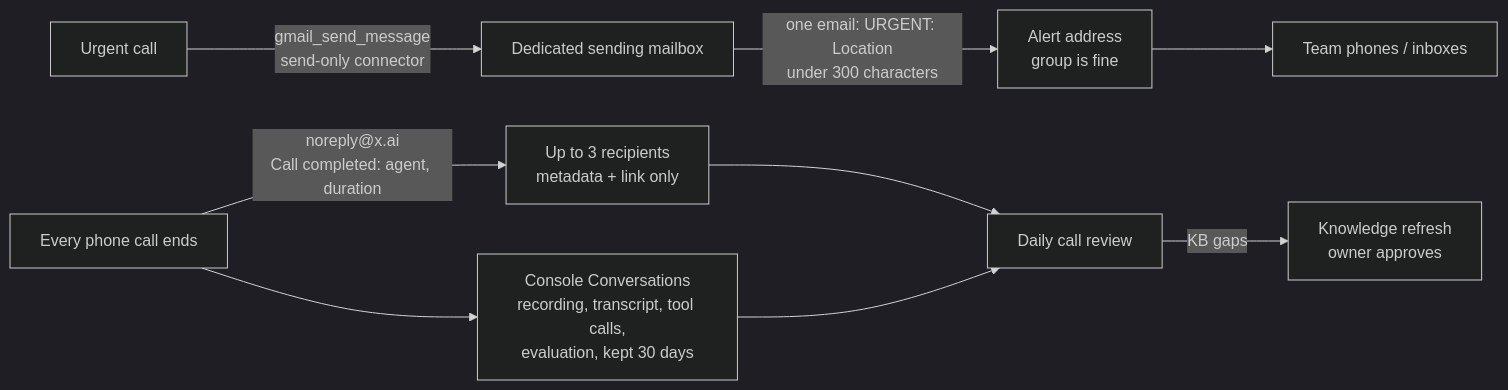
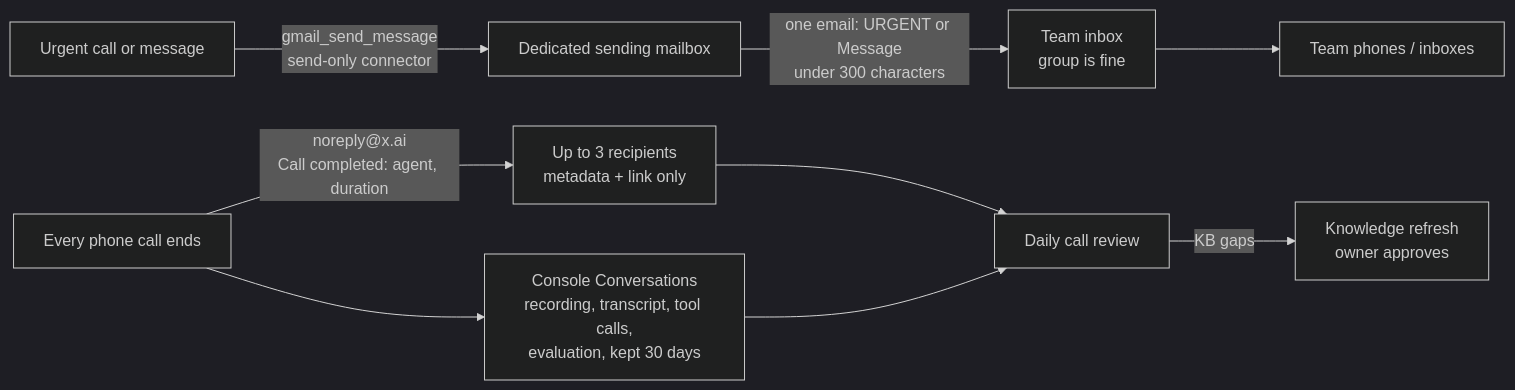
One commit to peterchee-os/answering-machina changed the second of 2 diagrams in README.md. Above: the diagram before and after it, drawn with Mermaid (dark theme). The commit also changed other lines of this file and 18 other files, not shown here.

````diff
--- a/README.md
+++ b/README.md
@@ -132,11 +148,11 @@
 ```mermaid
 flowchart LR
-    I[Urgent call] -->|"gmail_send_message<br/>send-only connector"| M[Dedicated sending mailbox]
-    M -->|"one email: URGENT: Location<br/>under 300 characters"| G["Alert address<br/>group is fine"]
+    I[Urgent call or message] -->|"gmail_send_message<br/>send-only connector"| M[Dedicated sending mailbox]
+    M -->|"one email: URGENT or Message<br/>under 300 characters"| G["Team inbox<br/>group is fine"]
     G --> T[Team phones / inboxes]
     X[Every phone call ends] -->|"noreply@x.ai<br/>Call completed: agent, duration"| P["Up to 3 recipients<br/>metadata + link only"]
     X --> C["Console Conversations<br/>recording, transcript, tool calls,<br/>evaluation, kept 30 days"]
     P --> R[Daily call review]
     C --> R
     R -->|"KB gaps"| K["Knowledge refresh<br/>owner approves"]
 ```
````
